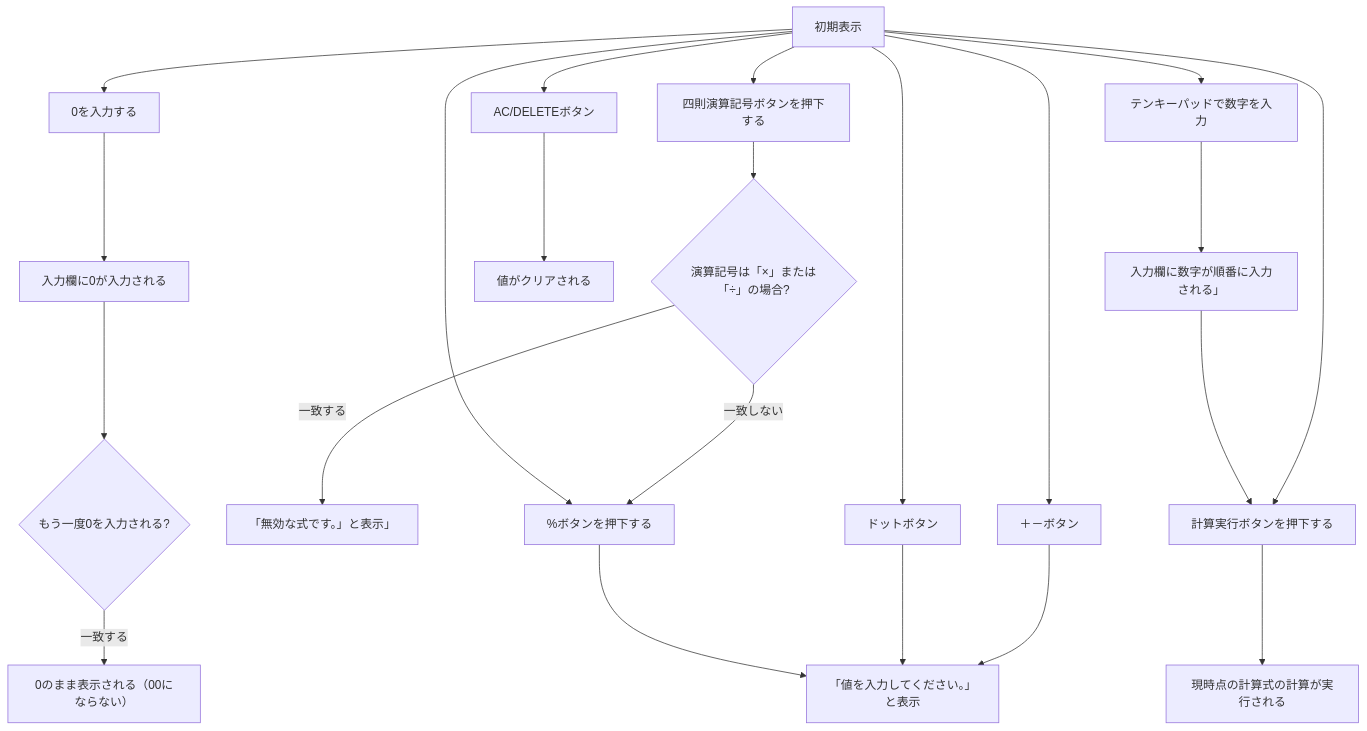
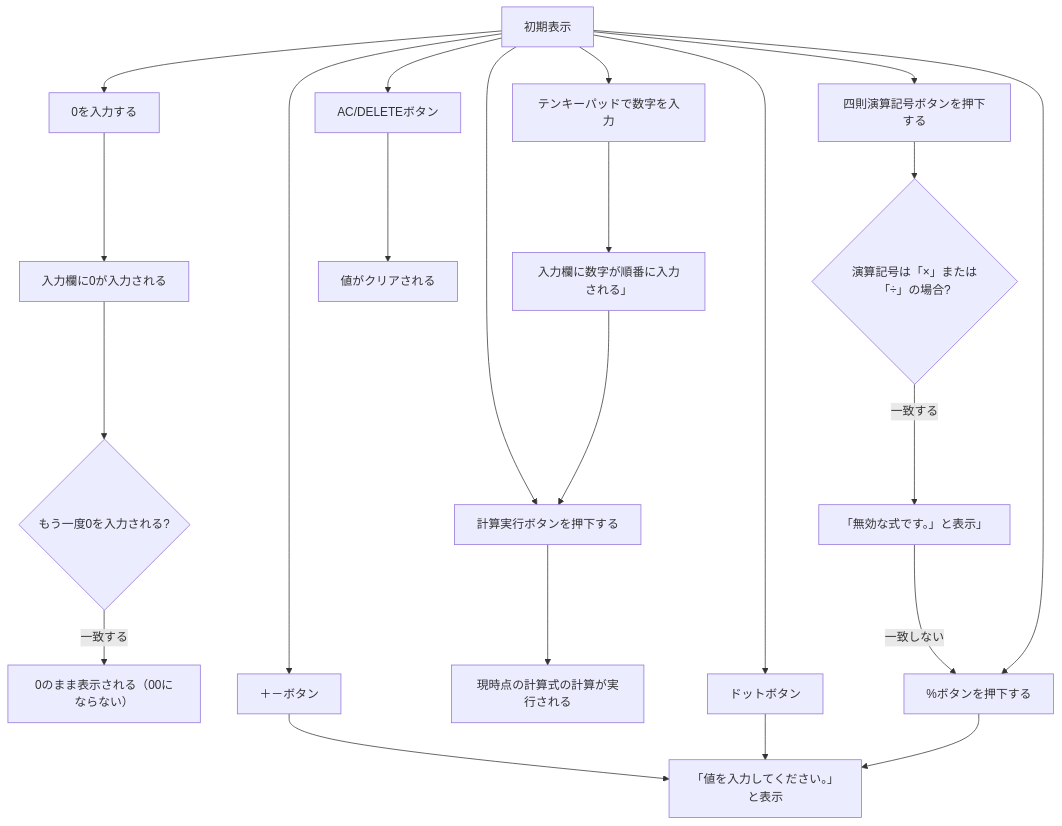
The diagram in 基本設計書.md (N3question/jsp-servlet-calculator), drawn with Mermaid before and after one commit.

````diff
--- a/基本設計書.md
+++ b/基本設計書.md
@@ -68,14 +68,13 @@
 ```mermaid
 flowchart TB
     A[初期表示] --> B[0を入力する] --> C[入力欄に0が入力される] -->
     P{もう一度0を入力される?} -- 一致する --> Q[0のまま表示される（00にならない）]
     A[初期表示] --> D[四則演算記号ボタンを押下する] -->
-    E{演算記号は「×」または「÷」の場合?} -- 一致する --> F[「無効な式です。」と表示」]
-    E{演算記号は「×」または「÷」の場合?} -- 一致しない --> R[＋」（プラス）または「－」（マイナス）が表示される]
+    E{演算記号は「×」または「÷」の場合?} -- 一致する --> F[「無効な式です。」と表示」] -- 一致しない --> R[＋」（プラス）または「－」（マイナス）が表示される]
     A[初期表示] --> G[計算実行ボタンを押下する] --> H[現時点の計算式の計算が実行される]
     A[初期表示] --> I[＋－ボタン] --> J[「値を入力してください。」と表示]
     A[初期表示] --> K[ドットボタン] --> J[「値を入力してください。」と表示]
     A[初期表示] --> R[%ボタンを押下する] --> J[「値を入力してください。」と表示]
     A[初期表示] --> L[AC/DELETEボタン] --> O[値がクリアされる]
     A[初期表示] --> N[テンキーパッドで数字を入力] --> M[入力欄に数字が順番に入力される」] --> G[計算実行ボタンを押下する]
 ```
````
